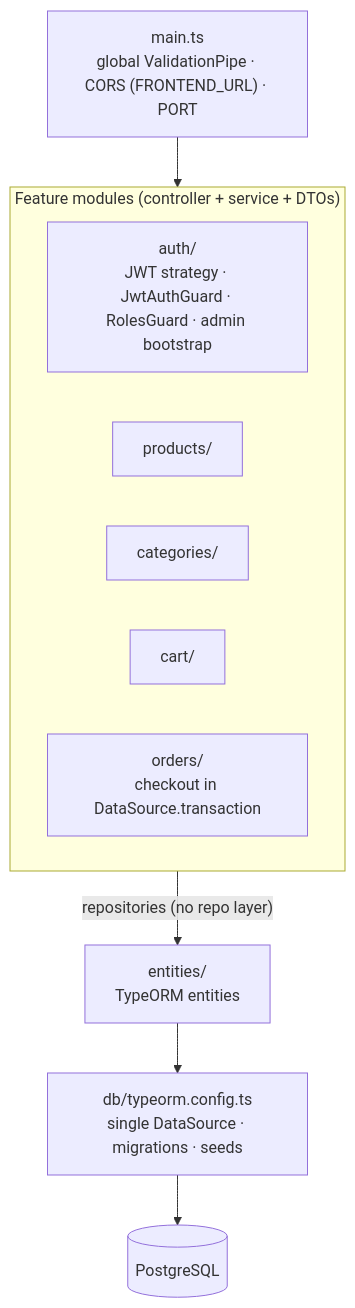
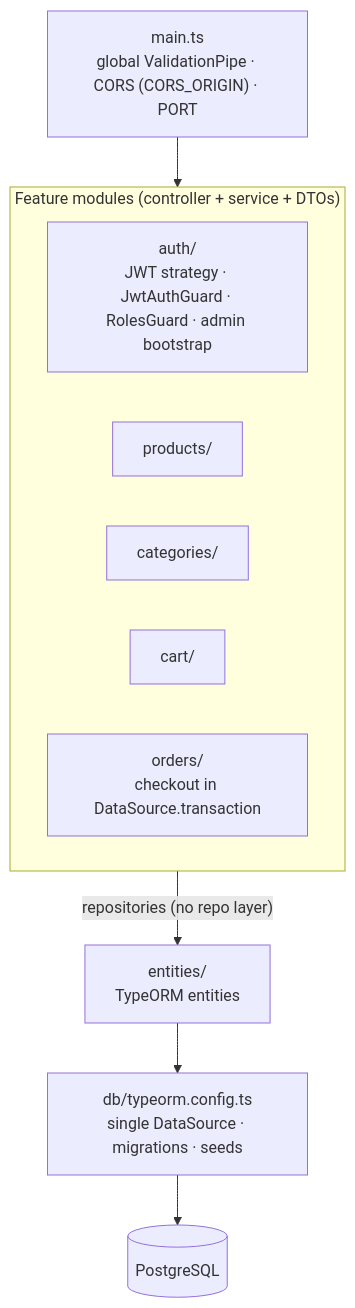
One commit to yoyanni/e-com changed the second of 2 diagrams in docs/architecture.md. Above: the diagram before and after it, drawn with Mermaid. The commit also changed other lines of this file and 24 other files, not shown here.

Commit message:
Containerise backend for the shared VPS - Add a Dockerfile and .dockerignore - Stop running migrations on startup - Read CORS_ORIGIN - Cap GET /products limit at 100 and add GET /health - Declare dotenv as a backend dependency - Document the Docker/VPS deployment and update the docs

````diff
--- a/docs/architecture.md
+++ b/docs/architecture.md
@@ -67,20 +67,20 @@
 ```mermaid
 flowchart TD
-  main["main.ts<br/>global ValidationPipe · CORS (FRONTEND_URL) · PORT"]
+  main["main.ts<br/>global ValidationPipe · CORS (CORS_ORIGIN) · PORT"]
 
   subgraph modules["Feature modules (controller + service + DTOs)"]
     auth["auth/<br/>JWT strategy · JwtAuthGuard · RolesGuard · admin bootstrap"]
     products["products/"]
     categories["categories/"]
     cart["cart/"]
     orders["orders/<br/>checkout in DataSource.transaction"]
   end
 
   entities["entities/<br/>TypeORM entities"]
   db["db/typeorm.config.ts<br/>single DataSource · migrations · seeds"]
   pg[("PostgreSQL")]
 
   main --> modules
   modules -->|"repositories (no repo layer)"| entities
   entities --> db --> pg
 ```
````
